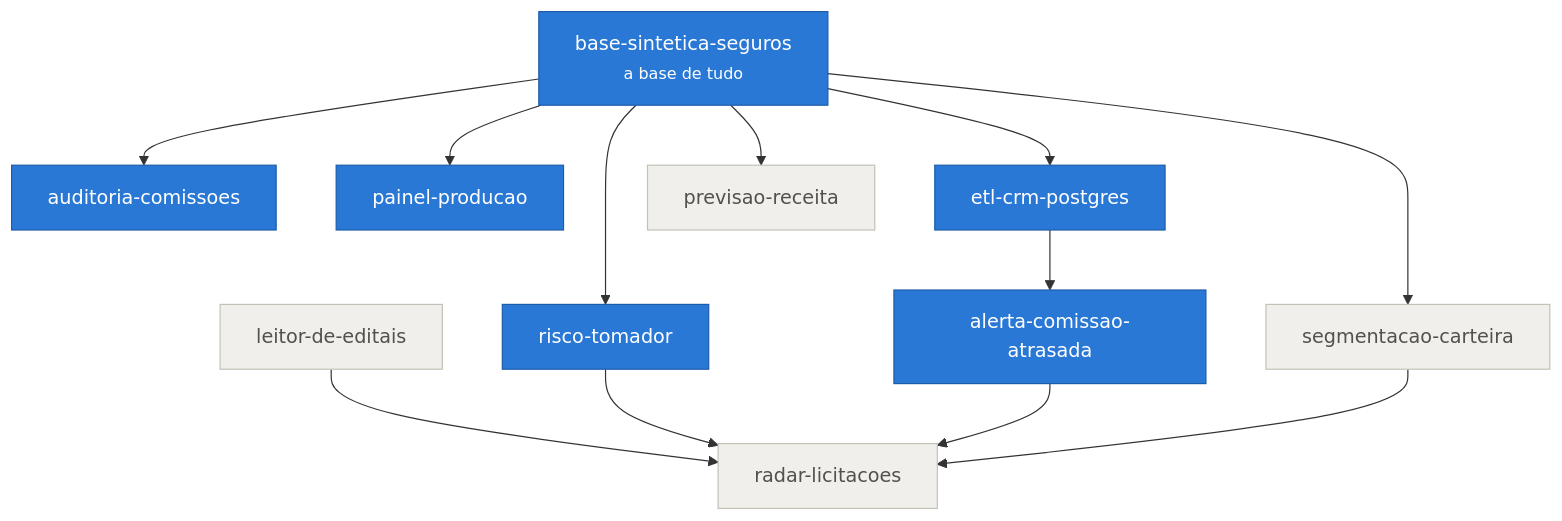
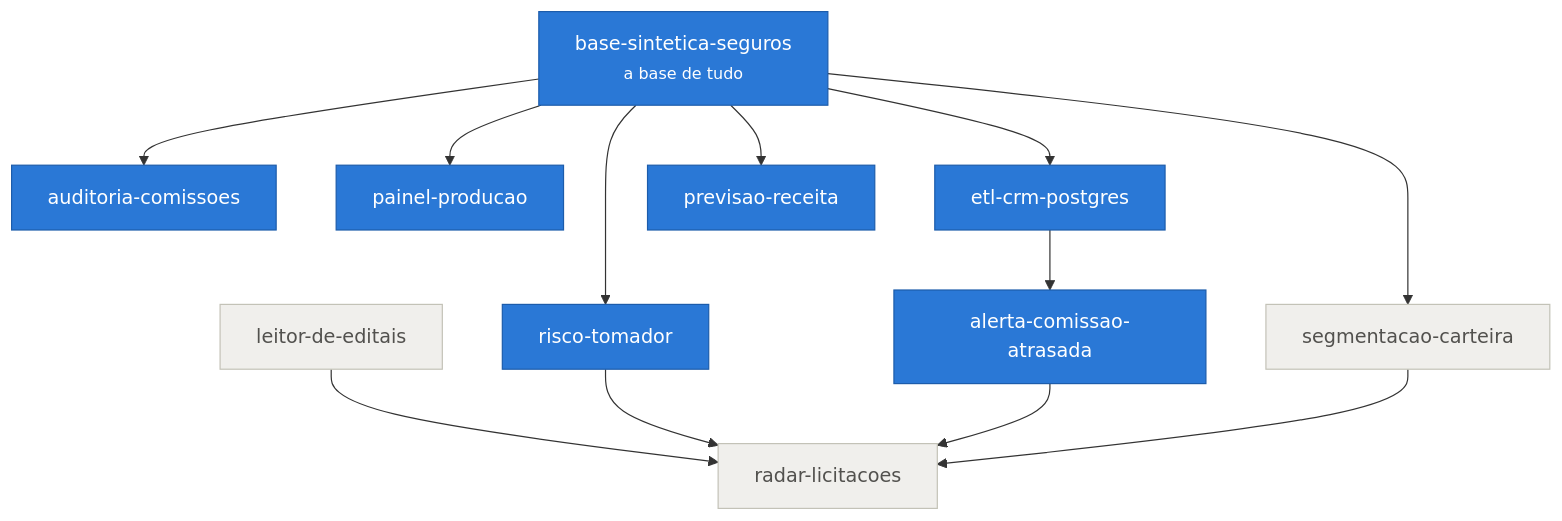
One commit to Lucasnevesads/Lucasnevesads changed the diagram in README.md. Above: the diagram before and after it, drawn with Mermaid. The commit also changed other lines of this file, not shown here.

First line of the commit message:
Marca previsao-receita como pronto

````diff
--- a/README.md
+++ b/README.md
@@ -32,20 +32,20 @@
 ```mermaid
 flowchart TD
     A["base-sintetica-seguros<br/><small>a base de tudo</small>"]:::pronto
 
     A --> B["auditoria-comissoes"]:::pronto
     A --> C["painel-producao"]:::pronto
     A --> D["etl-crm-postgres"]:::pronto
     A --> F["risco-tomador"]:::pronto
-    A --> G["previsao-receita"]:::fila
+    A --> G["previsao-receita"]:::pronto
     A --> H["segmentacao-carteira"]:::fila
 
     D --> E["alerta-comissao-atrasada"]:::pronto
     I["leitor-de-editais"]:::fila --> J["radar-licitacoes"]:::fila
     F --> J
     E --> J
     H --> J
 
     classDef pronto fill:#2a78d6,stroke:#1c5cab,color:#fff,stroke-width:1px
     classDef fila fill:#f0efec,stroke:#c3c2b7,color:#52514e,stroke-width:1px
 ```
````
